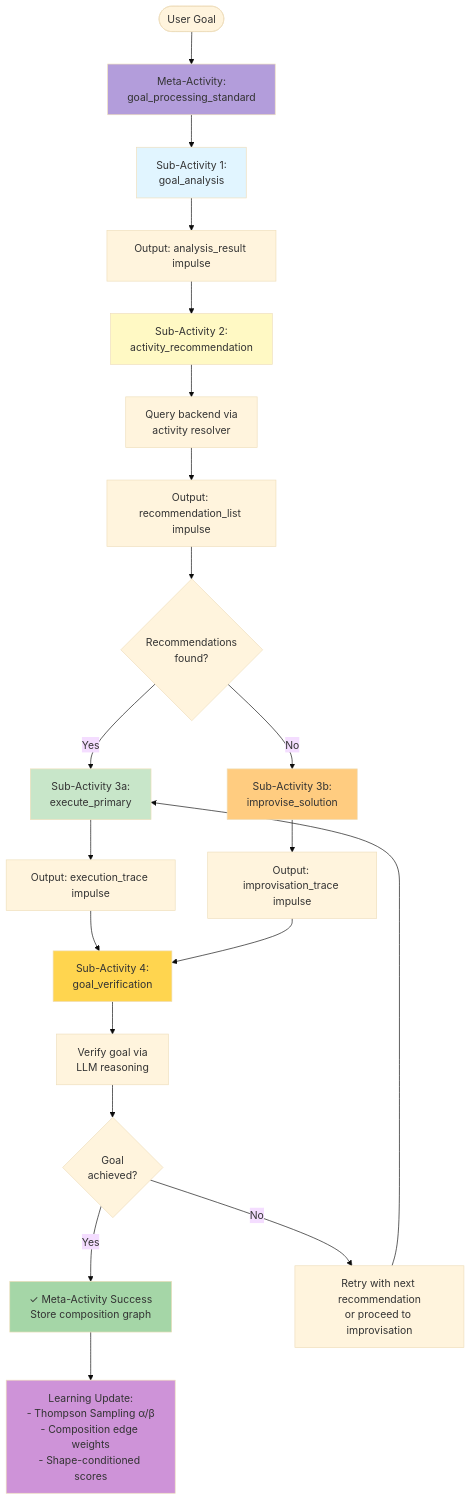
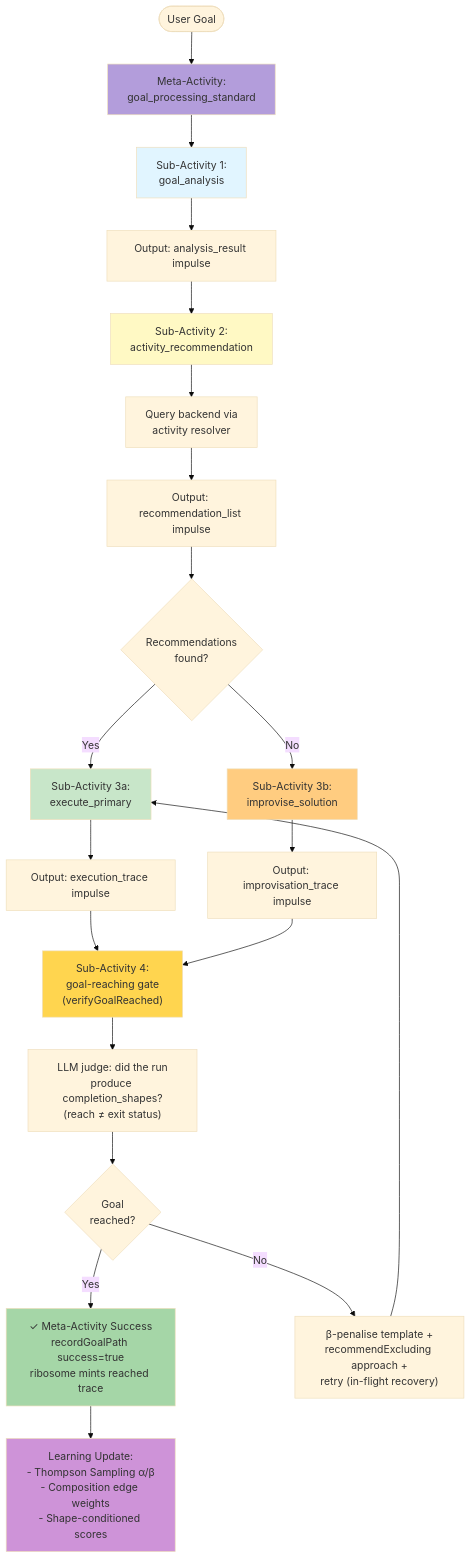
Before and after one commit to AviGopal/substrate: the second of 5 diagrams in docs/architecture/sequences/01-activity-selection.md, drawn with Mermaid (base theme). The commit also changed other lines of this file and 58 other files, not shown here.

````diff
--- a/docs/architecture/sequences/01-activity-selection.md
+++ b/docs/architecture/sequences/01-activity-selection.md
@@ -193,41 +199,41 @@
 ```mermaid
 graph TD
     Start([User Goal]) --> MetaActivity["Meta-Activity:<br/>goal_processing_standard"]
 
     MetaActivity --> Sub1["Sub-Activity 1:<br/>goal_analysis"]
     Sub1 --> Sub1Out["Output: analysis_result impulse"]
     Sub1Out --> Sub2["Sub-Activity 2:<br/>activity_recommendation"]
 
     Sub2 --> Sub2Query["Query backend via<br/>activity resolver"]
     Sub2Query --> Sub2Out["Output: recommendation_list impulse"]
     Sub2Out --> Decision1{Recommendations<br/>found?}
 
     Decision1 -->|Yes| Sub3A["Sub-Activity 3a:<br/>execute_primary"]
     Decision1 -->|No| Sub3B["Sub-Activity 3b:<br/>improvise_solution"]
 
     Sub3A --> Sub3AOut["Output: execution_trace impulse"]
     Sub3B --> Sub3BOut["Output: improvisation_trace impulse"]
 
     Sub3AOut --> Sub4
     Sub3BOut --> Sub4
 
-    Sub4["Sub-Activity 4:<br/>goal_verification"]
-    Sub4 --> Sub4Check["Verify goal via<br/>LLM reasoning"]
-    Sub4Check --> Decision2{Goal<br/>achieved?}
+    Sub4["Sub-Activity 4:<br/>goal-reaching gate<br/>(verifyGoalReached)"]
+    Sub4 --> Sub4Check["LLM judge: did the run<br/>produce completion_shapes?<br/>(reach ≠ exit status)"]
+    Sub4Check --> Decision2{Goal<br/>reached?}
 
-    Decision2 -->|Yes| Success["✓ Meta-Activity Success<br/>Store composition graph"]
-    Decision2 -->|No| Loop["Retry with next recommendation<br/>or proceed to improvisation"]
+    Decision2 -->|Yes| Success["✓ Meta-Activity Success<br/>recordGoalPath success=true<br/>ribosome mints reached trace"]
+    Decision2 -->|No| Loop["β-penalise template +<br/>recommendExcluding approach +<br/>retry (in-flight recovery)"]
 
     Loop --> Sub3A
 
     Success --> Learning["Learning Update:<br/>- Thompson Sampling α/β<br/>- Composition edge weights<br/>- Shape-conditioned scores"]
 
     style MetaActivity fill:#b39ddb
     style Sub1 fill:#e1f5ff
     style Sub2 fill:#fff9c4
     style Sub3A fill:#c8e6c9
     style Sub3B fill:#ffcc80
     style Sub4 fill:#ffd54f
     style Success fill:#a5d6a7
     style Learning fill:#ce93d8
 ```
````
